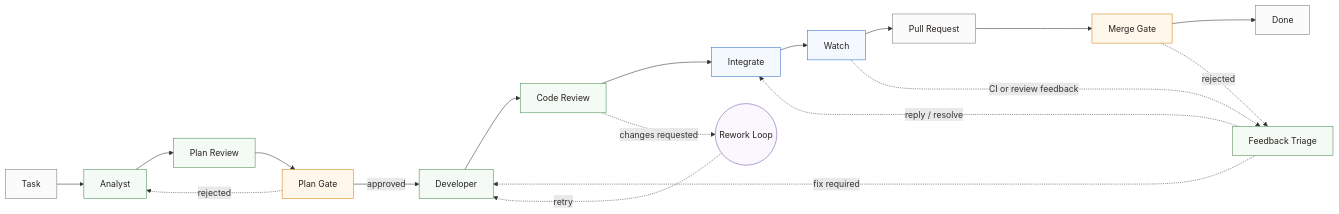
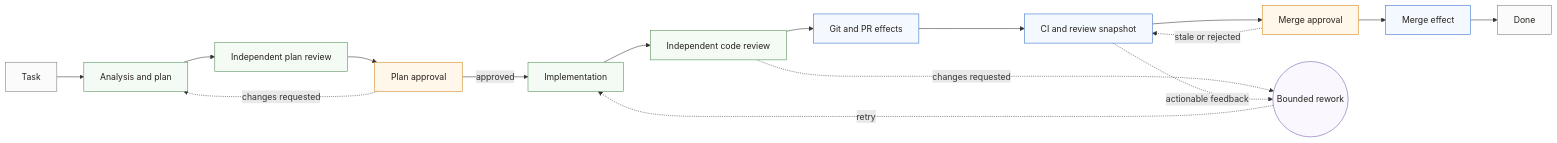
Before and after one commit to revisium/orchestrator: the diagram in docs/assets/default-pipeline-example.mmd, drawn with Mermaid. The commit also changed 34 other files, not shown here.

Commit message:
docs: align Revo architecture contracts (#320)

```diff
--- a/docs/assets/default-pipeline-example.mmd
+++ b/docs/assets/default-pipeline-example.mmd
@@ -1,39 +1,34 @@
 flowchart LR
   task[Task]
-  analyst[Analyst]
-  planReview[Plan Review]
-  planGate[Plan Gate]
-  developer[Developer]
-  codeReview[Code Review]
-  integrate[Integrate]
-  watch[Watch]
-  pr[Pull Request]
-  mergeGate[Merge Gate]
+  analyst[Analysis and plan]
+  planReview[Independent plan review]
+  planGate[Plan approval]
+  developer[Implementation]
+  codeReview[Independent code review]
+  integrate[Git and PR effects]
+  observe[CI and review snapshot]
+  mergeGate[Merge approval]
+  merge[Merge effect]
   done[Done]
-  rework((Rework Loop))
-  feedback[Feedback Triage]
+  rework((Bounded rework))
 
   task --> analyst --> planReview --> planGate
   planGate -->|approved| developer
-  planGate -. rejected .-> analyst
-
-  developer --> codeReview --> integrate --> watch --> pr --> mergeGate --> done
+  planGate -. changes requested .-> analyst
+  developer --> codeReview --> integrate --> observe --> mergeGate --> merge --> done
   codeReview -. changes requested .-> rework
+  observe -. actionable feedback .-> rework
   rework -. retry .-> developer
-
-  watch -. CI or review feedback .-> feedback
-  feedback -. fix required .-> developer
-  feedback -. reply / resolve .-> integrate
-  mergeGate -. rejected .-> feedback
+  mergeGate -. stale or rejected .-> observe
 
   classDef terminal fill:#fbfbfb,stroke:#7b7a75,color:#27231f
   classDef agent fill:#f4fbf4,stroke:#4a8a52,color:#27231f
-  classDef script fill:#f4f8ff,stroke:#2e6ec7,color:#27231f
+  classDef effect fill:#f4f8ff,stroke:#2e6ec7,color:#27231f
   classDef gate fill:#fff7ea,stroke:#d38318,color:#27231f
   classDef loop fill:#fbf7ff,stroke:#6f5aa8,color:#27231f
 
-  class task,pr,done terminal
-  class analyst,planReview,developer,codeReview,feedback agent
-  class integrate,watch script
+  class task,done terminal
+  class analyst,planReview,developer,codeReview agent
+  class integrate,observe,merge effect
   class planGate,mergeGate gate
   class rework loop
```
